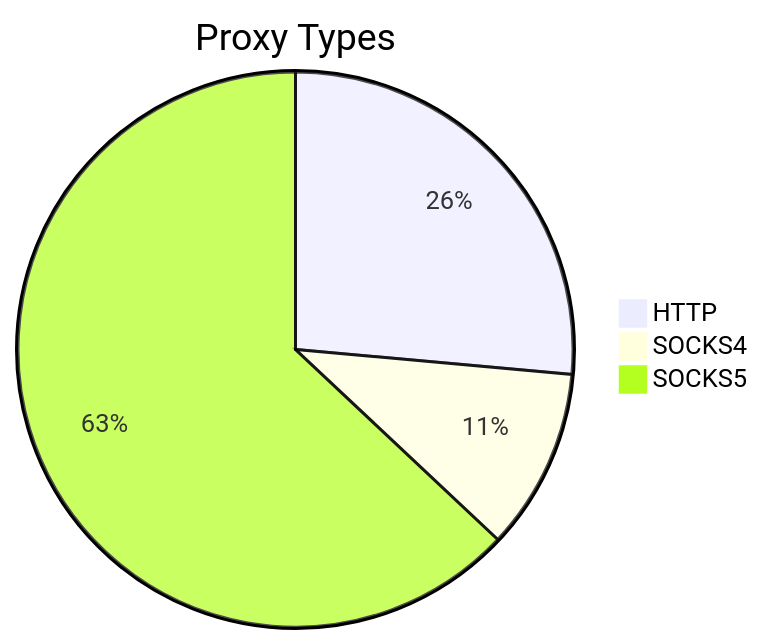
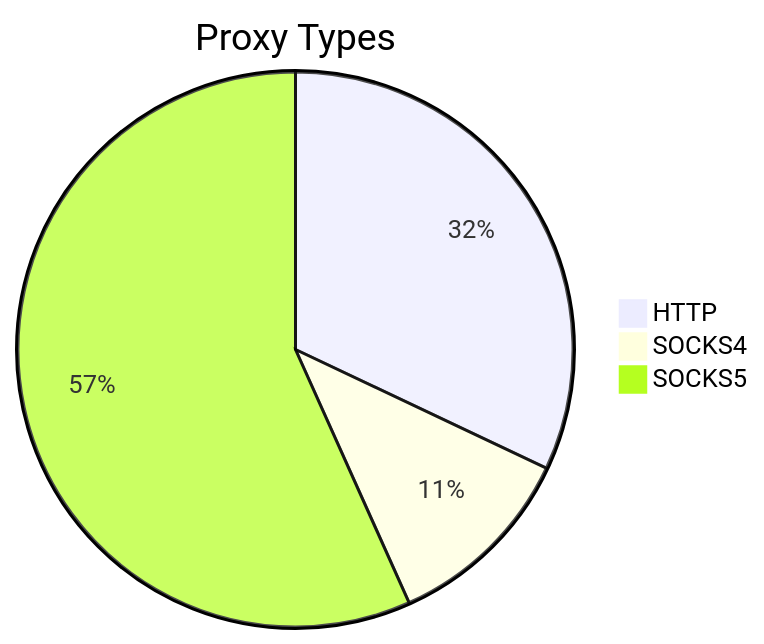
The first of 2 diagrams in README.md (stormsia/proxy-list), drawn with Mermaid before and after one commit. The commit also changed other lines of this file, not shown here.

````diff
--- a/README.md
+++ b/README.md
@@ -21,6 +21,6 @@
 ```mermaid
 pie title Proxy Types
-    "HTTP" : 60
-    "SOCKS4" : 24
-    "SOCKS5" : 143
+    "HTTP" : 74
+    "SOCKS4" : 26
+    "SOCKS5" : 131
 ```
````
